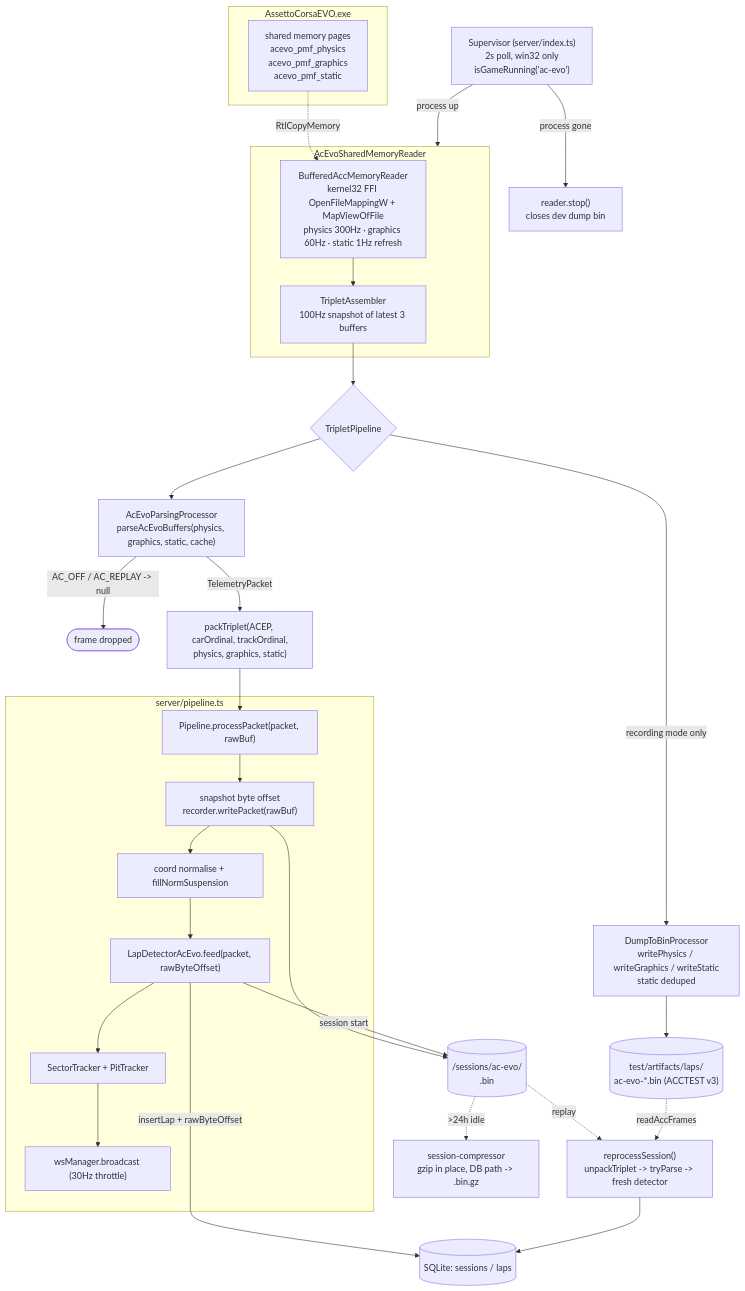
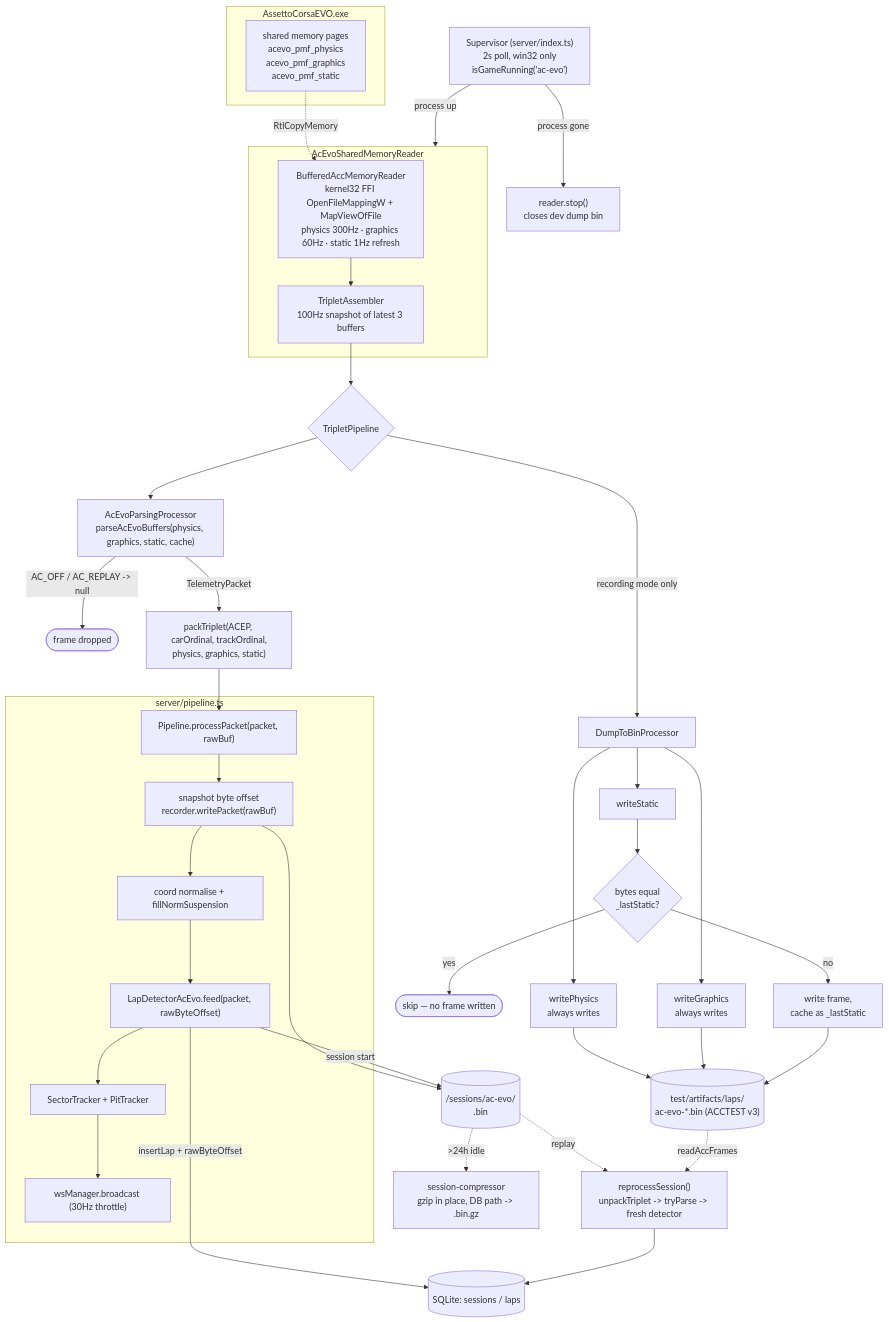
Before and after one commit to SpeedHQ/RaceIQ: the diagram in docs/ac-evo-recording-pipeline.md, drawn with Mermaid. The commit also changed other lines of this file, not shown here.

First line of the commit message:
docs: show static-frame dedup in the AC Evo pipeline graph

````diff
--- a/docs/ac-evo-recording-pipeline.md
+++ b/docs/ac-evo-recording-pipeline.md
@@ -52,44 +52,54 @@
 ```mermaid
 flowchart TD
     subgraph game["AssettoCorsaEVO.exe"]
         SHM["shared memory pages<br/>acevo_pmf_physics<br/>acevo_pmf_graphics<br/>acevo_pmf_static"]
     end
 
     SUP["Supervisor (server/index.ts)<br/>2s poll, win32 only<br/>isGameRunning('ac-evo')"]
     SUP -->|process up| READER
     SUP -->|process gone| STOP["reader.stop()<br/>closes dev dump bin"]
 
     subgraph READER["AcEvoSharedMemoryReader"]
         BR["BufferedAccMemoryReader<br/>kernel32 FFI OpenFileMappingW + MapViewOfFile<br/>physics 300Hz · graphics 60Hz · static 1Hz refresh"]
         TA["TripletAssembler<br/>100Hz snapshot of latest 3 buffers"]
         BR --> TA
     end
 
     SHM -.->|RtlCopyMemory| BR
 
     TA --> TP{"TripletPipeline"}
-    TP -->|recording mode only| DUMP["DumpToBinProcessor<br/>writePhysics / writeGraphics / writeStatic<br/>static deduped"]
-    DUMP --> DEVBIN[("test/artifacts/laps/<br/>ac-evo-*.bin (ACCTEST v3)")]
+    TP -->|recording mode only| DUMP["DumpToBinProcessor"]
+
+    DUMP --> WP["writePhysics<br/>always writes"]
+    DUMP --> WG["writeGraphics<br/>always writes"]
+    DUMP --> WS2["writeStatic"]
+    WS2 --> DEDUP{"bytes equal<br/>_lastStatic?"}
+    DEDUP -->|yes| SKIP(["skip — no frame written"])
+    DEDUP -->|no| WRITE["write frame,<br/>cache as _lastStatic"]
+
+    WP --> DEVBIN[("test/artifacts/laps/<br/>ac-evo-*.bin (ACCTEST v3)")]
+    WG --> DEVBIN
+    WRITE --> DEVBIN
     TP --> PARSE["AcEvoParsingProcessor<br/>parseAcEvoBuffers(physics, graphics, static, cache)"]
 
     PARSE -->|AC_OFF / AC_REPLAY -> null| DROP(["frame dropped"])
     PARSE -->|TelemetryPacket| PACK["packTriplet(ACEP, carOrdinal, trackOrdinal,<br/>physics, graphics, static)"]
     PACK --> PP["Pipeline.processPacket(packet, rawBuf)"]
 
     subgraph PIPE["server/pipeline.ts"]
         PP --> OFF["snapshot byte offset<br/>recorder.writePacket(rawBuf)"]
         OFF --> NORM["coord normalise + fillNormSuspension"]
         NORM --> LD["LapDetectorAcEvo.feed(packet, rawByteOffset)"]
         LD --> ST["SectorTracker + PitTracker"]
         ST --> WS["wsManager.broadcast (30Hz throttle)"]
     end
 
     OFF --> SESSBIN[("<DATA_DIR>/sessions/ac-evo/<br/><timestamp>.bin")]
     LD -->|session start| SESSBIN
     LD -->|insertLap + rawByteOffset| DB[("SQLite: sessions / laps")]
 
     SESSBIN -.->|>24h idle| GZ["session-compressor<br/>gzip in place, DB path -> .bin.gz"]
     SESSBIN -.->|replay| RP["reprocessSession()<br/>unpackTriplet -> tryParse -> fresh detector"]
     RP --> DB
     DEVBIN -.->|readAccFrames| RP
 ```
````
